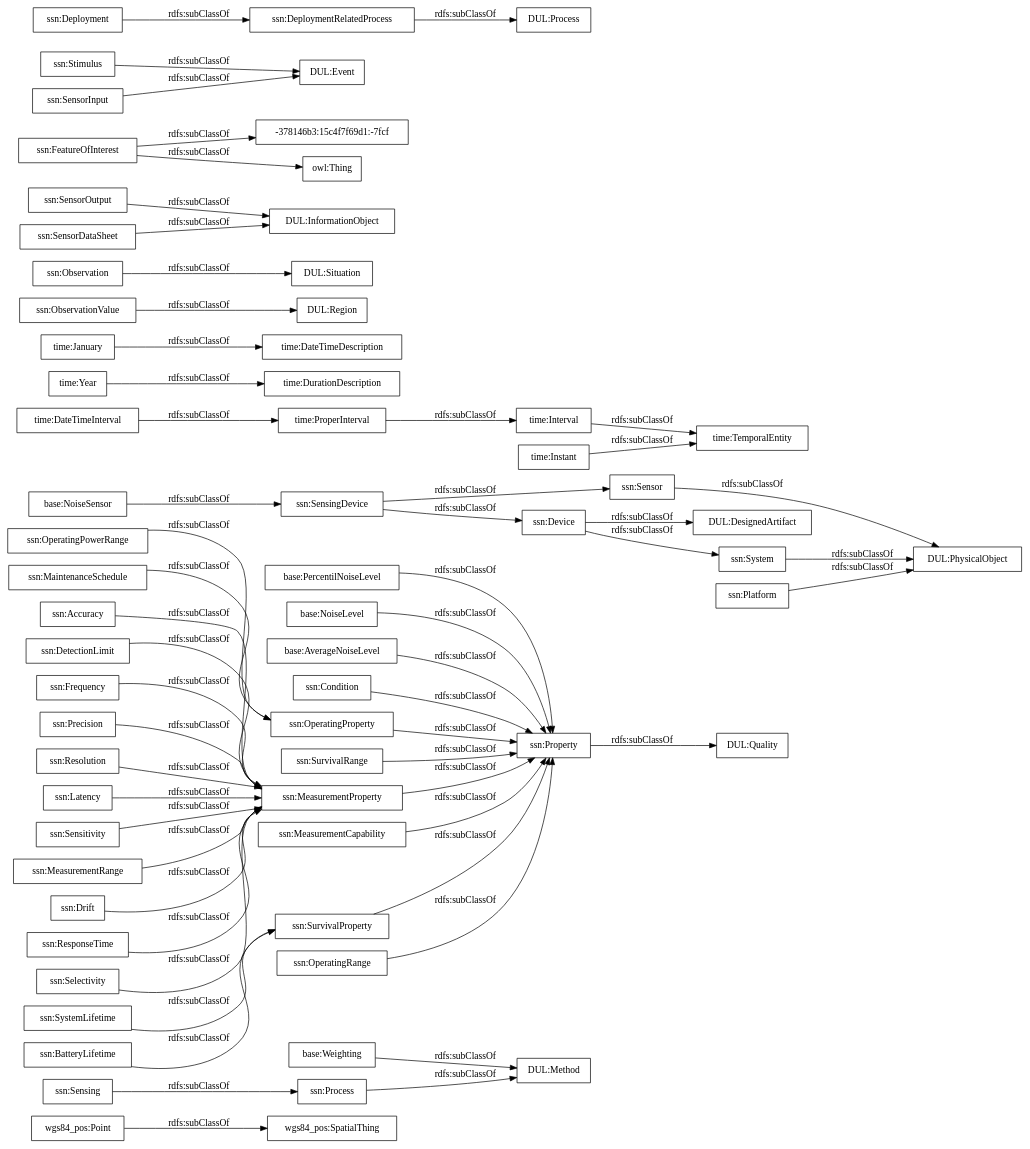
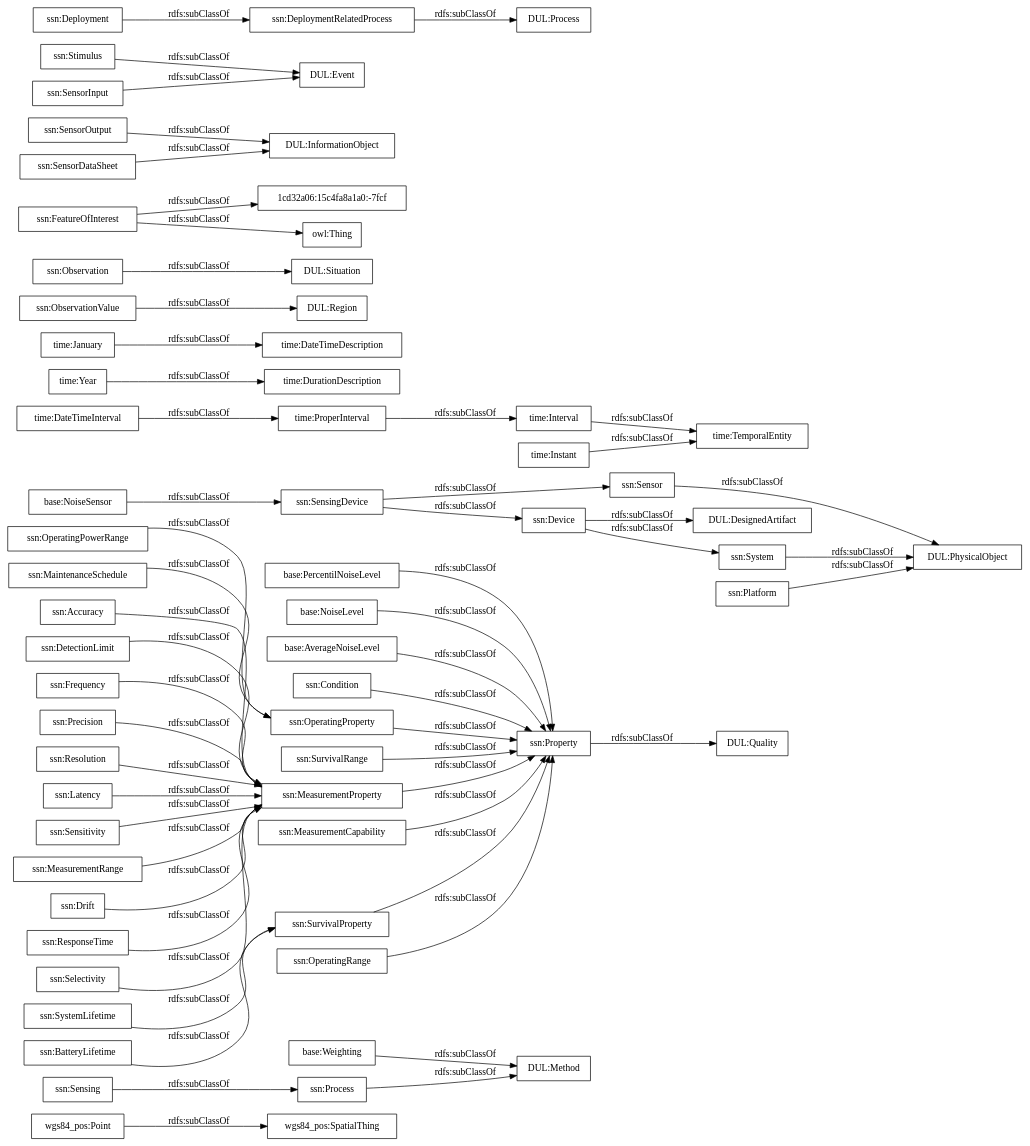
Before and after one commit to paoespinozarias/ContaminacionAcustica-Ontology: the diagram in OnToology/contaminacion-acustica.owl/diagrams/ar2dtool-taxonomy/contaminacion-acustica.owl.png.dot, drawn with Graphviz. The commit also changed 10 other files, not shown here.

```diff
--- a/OnToology/contaminacion-acustica.owl/diagrams/ar2dtool-taxonomy/contaminacion-acustica.owl.png.dot
+++ b/OnToology/contaminacion-acustica.owl/diagrams/ar2dtool-taxonomy/contaminacion-acustica.owl.png.dot
@@ -1,60 +1,60 @@
 digraph ar2dtool_diagram { 
 rankdir=LR;
 size="1000"
-node [shape = rectangle, color="black"]; "wgs84_pos:SpatialThing" "wgs84_pos:Point" "base:Weighting" "base:PercentilNoiseLevel" "base:NoiseSensor" "base:NoiseLevel" "base:AverageNoiseLevel" "time:DateTimeInterval" "time:DurationDescription" "time:January" "time:ProperInterval" "time:Interval" "time:TemporalEntity" "time:Year" "time:DateTimeDescription" "time:Instant" "ssn:Accuracy" "ssn:DetectionLimit" "ssn:Frequency" "ssn:Condition" "DUL:Region" "DUL:Situation" "DUL:PhysicalObject" "ssn:SensorOutput" "ssn:Precision" "ssn:Resolution" "DUL:Quality" "ssn:FeatureOfInterest" "ssn:Sensor" "-378146b3:15c4f7f69d1:-7fcf" "DUL:InformationObject" "ssn:OperatingProperty" "DUL:Event" "ssn:OperatingPowerRange" "DUL:Method" "ssn:MaintenanceSchedule" "ssn:Sensing" "ssn:Latency" "ssn:SurvivalRange" "ssn:SensingDevice" "DUL:DesignedArtifact" "ssn:Sensitivity" "ssn:Stimulus" "DUL:Process" "ssn:MeasurementRange" "ssn:System" "ssn:SystemLifetime" "ssn:Property" "ssn:MeasurementProperty" "ssn:Process" "ssn:Deployment" "ssn:MeasurementCapability" "ssn:BatteryLifetime" "ssn:Drift" "ssn:DeploymentRelatedProcess" "ssn:SensorInput" "ssn:ResponseTime" "ssn:ObservationValue" "ssn:SensorDataSheet" "ssn:Observation" "ssn:Selectivity" "ssn:SurvivalProperty" "ssn:Device" "ssn:OperatingRange" "ssn:Platform" ; /*classes style*/
+node [shape = rectangle, color="black"]; "wgs84_pos:SpatialThing" "wgs84_pos:Point" "base:Weighting" "base:PercentilNoiseLevel" "base:NoiseSensor" "base:NoiseLevel" "base:AverageNoiseLevel" "time:DateTimeInterval" "time:DurationDescription" "time:January" "time:ProperInterval" "time:Interval" "time:TemporalEntity" "time:Year" "time:DateTimeDescription" "time:Instant" "ssn:Accuracy" "ssn:DetectionLimit" "ssn:Frequency" "ssn:Condition" "DUL:Region" "DUL:Situation" "DUL:PhysicalObject" "1cd32a06:15c4fa8a1a0:-7fcf" "ssn:SensorOutput" "ssn:Precision" "ssn:Resolution" "DUL:Quality" "ssn:FeatureOfInterest" "ssn:Sensor" "DUL:InformationObject" "ssn:OperatingProperty" "DUL:Event" "ssn:OperatingPowerRange" "DUL:Method" "ssn:MaintenanceSchedule" "ssn:Sensing" "ssn:Latency" "ssn:SurvivalRange" "ssn:SensingDevice" "DUL:DesignedArtifact" "ssn:Sensitivity" "ssn:Stimulus" "DUL:Process" "ssn:MeasurementRange" "ssn:System" "ssn:SystemLifetime" "ssn:Property" "ssn:MeasurementProperty" "ssn:Process" "ssn:Deployment" "ssn:MeasurementCapability" "ssn:BatteryLifetime" "ssn:Drift" "ssn:DeploymentRelatedProcess" "ssn:SensorInput" "ssn:ResponseTime" "ssn:ObservationValue" "ssn:SensorDataSheet" "ssn:Observation" "ssn:Selectivity" "ssn:SurvivalProperty" "ssn:Device" "ssn:OperatingRange" "ssn:Platform" ; /*classes style*/
 	"base:AverageNoiseLevel" -> "ssn:Property" [ label = "rdfs:subClassOf" ];
 	"ssn:Deployment" -> "ssn:DeploymentRelatedProcess" [ label = "rdfs:subClassOf" ];
 	"ssn:SensingDevice" -> "ssn:Sensor" [ label = "rdfs:subClassOf" ];
 	"ssn:SensingDevice" -> "ssn:Device" [ label = "rdfs:subClassOf" ];
 	"ssn:DeploymentRelatedProcess" -> "DUL:Process" [ label = "rdfs:subClassOf" ];
 	"ssn:Accuracy" -> "ssn:MeasurementProperty" [ label = "rdfs:subClassOf" ];
 	"time:Instant" -> "time:TemporalEntity" [ label = "rdfs:subClassOf" ];
 	"ssn:FeatureOfInterest" -> "owl:Thing" [ label = "rdfs:subClassOf" ];
-	"ssn:FeatureOfInterest" -> "-378146b3:15c4f7f69d1:-7fcf" [ label = "rdfs:subClassOf" ];
+	"ssn:FeatureOfInterest" -> "1cd32a06:15c4fa8a1a0:-7fcf" [ label = "rdfs:subClassOf" ];
 	"ssn:Latency" -> "ssn:MeasurementProperty" [ label = "rdfs:subClassOf" ];
 	"ssn:Process" -> "DUL:Method" [ label = "rdfs:subClassOf" ];
 	"base:Weighting" -> "DUL:Method" [ label = "rdfs:subClassOf" ];
 	"time:ProperInterval" -> "time:Interval" [ label = "rdfs:subClassOf" ];
 	"ssn:Property" -> "DUL:Quality" [ label = "rdfs:subClassOf" ];
 	"ssn:MeasurementProperty" -> "ssn:Property" [ label = "rdfs:subClassOf" ];
 	"wgs84_pos:Point" -> "wgs84_pos:SpatialThing" [ label = "rdfs:subClassOf" ];
 	"ssn:ResponseTime" -> "ssn:MeasurementProperty" [ label = "rdfs:subClassOf" ];
 	"ssn:OperatingRange" -> "ssn:Property" [ label = "rdfs:subClassOf" ];
 	"base:NoiseLevel" -> "ssn:Property" [ label = "rdfs:subClassOf" ];
 	"ssn:MeasurementRange" -> "ssn:MeasurementProperty" [ label = "rdfs:subClassOf" ];
 	"ssn:Stimulus" -> "DUL:Event" [ label = "rdfs:subClassOf" ];
 	"ssn:SurvivalProperty" -> "ssn:Property" [ label = "rdfs:subClassOf" ];
 	"ssn:MaintenanceSchedule" -> "ssn:OperatingProperty" [ label = "rdfs:subClassOf" ];
 	"ssn:SensorInput" -> "DUL:Event" [ label = "rdfs:subClassOf" ];
 	"ssn:Sensitivity" -> "ssn:MeasurementProperty" [ label = "rdfs:subClassOf" ];
 	"ssn:Drift" -> "ssn:MeasurementProperty" [ label = "rdfs:subClassOf" ];
 	"ssn:System" -> "DUL:PhysicalObject" [ label = "rdfs:subClassOf" ];
 	"ssn:Resolution" -> "ssn:MeasurementProperty" [ label = "rdfs:subClassOf" ];
 	"ssn:Precision" -> "ssn:MeasurementProperty" [ label = "rdfs:subClassOf" ];
 	"base:PercentilNoiseLevel" -> "ssn:Property" [ label = "rdfs:subClassOf" ];
 	"ssn:DetectionLimit" -> "ssn:MeasurementProperty" [ label = "rdfs:subClassOf" ];
 	"time:DateTimeInterval" -> "time:ProperInterval" [ label = "rdfs:subClassOf" ];
 	"ssn:Sensor" -> "DUL:PhysicalObject" [ label = "rdfs:subClassOf" ];
 	"ssn:SensorDataSheet" -> "DUL:InformationObject" [ label = "rdfs:subClassOf" ];
 	"ssn:OperatingPowerRange" -> "ssn:OperatingProperty" [ label = "rdfs:subClassOf" ];
 	"time:Interval" -> "time:TemporalEntity" [ label = "rdfs:subClassOf" ];
 	"base:NoiseSensor" -> "ssn:SensingDevice" [ label = "rdfs:subClassOf" ];
 	"time:January" -> "time:DateTimeDescription" [ label = "rdfs:subClassOf" ];
 	"ssn:ObservationValue" -> "DUL:Region" [ label = "rdfs:subClassOf" ];
 	"ssn:Device" -> "DUL:DesignedArtifact" [ label = "rdfs:subClassOf" ];
 	"ssn:Device" -> "ssn:System" [ label = "rdfs:subClassOf" ];
 	"ssn:Platform" -> "DUL:PhysicalObject" [ label = "rdfs:subClassOf" ];
 	"time:Year" -> "time:DurationDescription" [ label = "rdfs:subClassOf" ];
 	"ssn:OperatingProperty" -> "ssn:Property" [ label = "rdfs:subClassOf" ];
 	"ssn:Selectivity" -> "ssn:MeasurementProperty" [ label = "rdfs:subClassOf" ];
 	"ssn:BatteryLifetime" -> "ssn:SurvivalProperty" [ label = "rdfs:subClassOf" ];
 	"ssn:Observation" -> "DUL:Situation" [ label = "rdfs:subClassOf" ];
 	"ssn:Sensing" -> "ssn:Process" [ label = "rdfs:subClassOf" ];
 	"ssn:SystemLifetime" -> "ssn:SurvivalProperty" [ label = "rdfs:subClassOf" ];
 	"ssn:SurvivalRange" -> "ssn:Property" [ label = "rdfs:subClassOf" ];
 	"ssn:Frequency" -> "ssn:MeasurementProperty" [ label = "rdfs:subClassOf" ];
 	"ssn:SensorOutput" -> "DUL:InformationObject" [ label = "rdfs:subClassOf" ];
 	"ssn:Condition" -> "ssn:Property" [ label = "rdfs:subClassOf" ];
 	"ssn:MeasurementCapability" -> "ssn:Property" [ label = "rdfs:subClassOf" ];
 
 }
```
